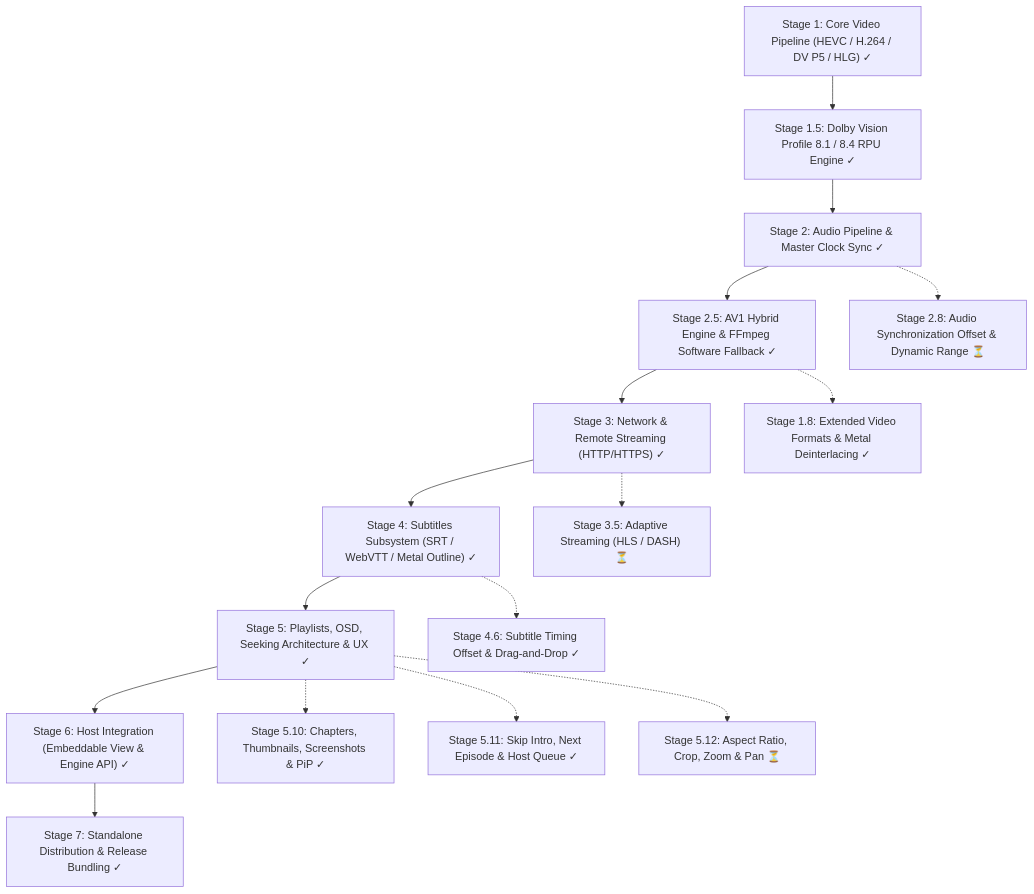
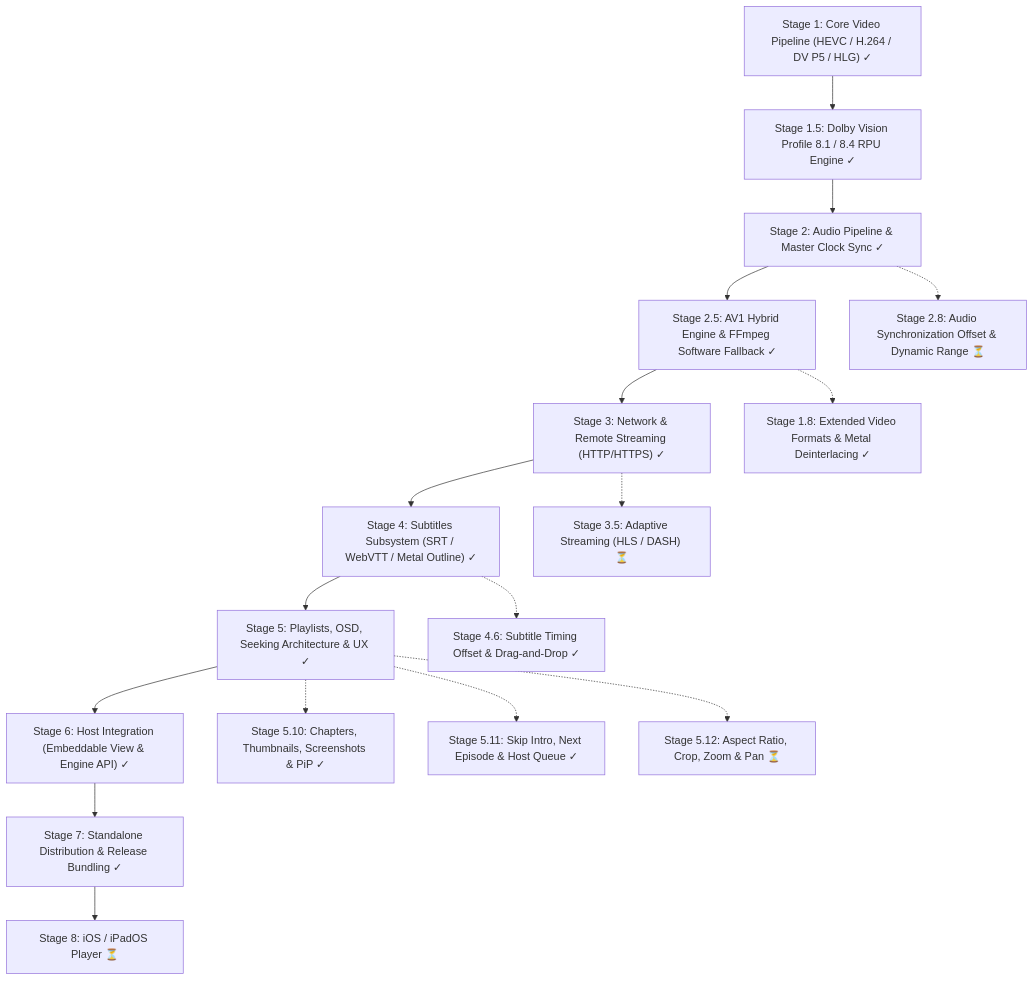
The diagram in docs/ROADMAP.md (ghotriw/nits), drawn with Mermaid before and after one commit. The commit also changed other lines of this file and 3 other files, not shown here.

First line of the commit message:
docs: describe the iOS player's engine changes, its limits and the iOS stage of the roadmap

````diff
--- a/docs/ROADMAP.md
+++ b/docs/ROADMAP.md
@@ -24,19 +24,20 @@
 ```mermaid
 flowchart TD
     M1["Stage 1: Core Video Pipeline (HEVC / H.264 / DV P5 / HLG) ✓"] --> M15["Stage 1.5: Dolby Vision Profile 8.1 / 8.4 RPU Engine ✓"]
     M15 --> M2["Stage 2: Audio Pipeline & Master Clock Sync ✓"]
     M2 --> M25["Stage 2.5: AV1 Hybrid Engine & FFmpeg Software Fallback ✓"]
     M25 --> M3["Stage 3: Network & Remote Streaming (HTTP/HTTPS) ✓"]
     M3 --> M4["Stage 4: Subtitles Subsystem (SRT / WebVTT / Metal Outline) ✓"]
     M4 --> M5["Stage 5: Playlists, OSD, Seeking Architecture & UX ✓"]
     M5 --> M6["Stage 6: Host Integration (Embeddable View & Engine API) ✓"]
     M6 --> M7["Stage 7: Standalone Distribution & Release Bundling ✓"]
+    M7 --> M8["Stage 8: iOS / iPadOS Player ⏳"]
     
     M25 -.-> M1X["Stage 1.8: Extended Video Formats & Metal Deinterlacing ✓"]
     M2 -.-> M2X["Stage 2.8: Audio Synchronization Offset & Dynamic Range ⏳"]
     M3 -.-> M3X["Stage 3.5: Adaptive Streaming (HLS / DASH) ⏳"]
     M4 -.-> M4X["Stage 4.6: Subtitle Timing Offset & Drag-and-Drop ✓"]
     M5 -.-> M5X["Stage 5.10: Chapters, Thumbnails, Screenshots & PiP ✓"]
     M5 -.-> M5Y["Stage 5.11: Skip Intro, Next Episode & Host Queue ✓"]
     M5 -.-> M5Z["Stage 5.12: Aspect Ratio, Crop, Zoom & Pan ⏳"]
 ```
````
